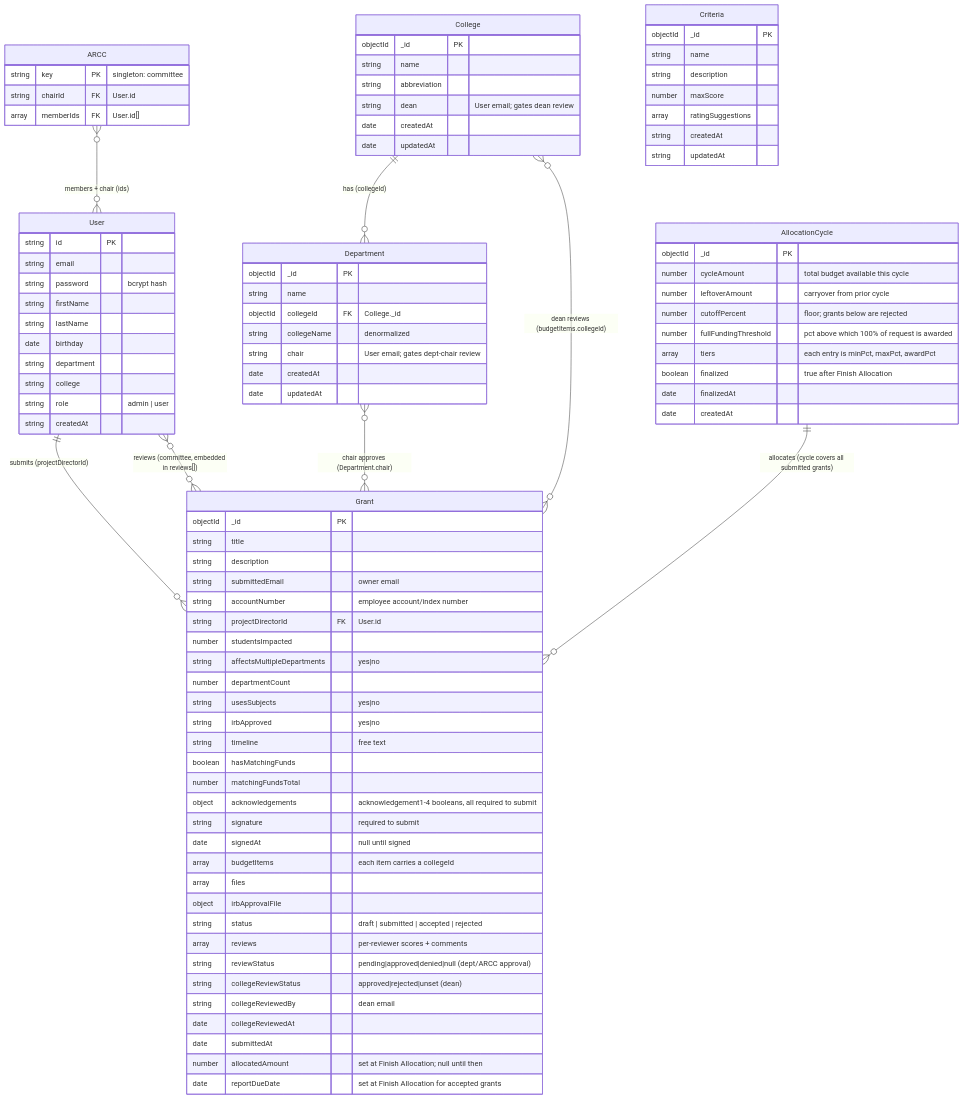
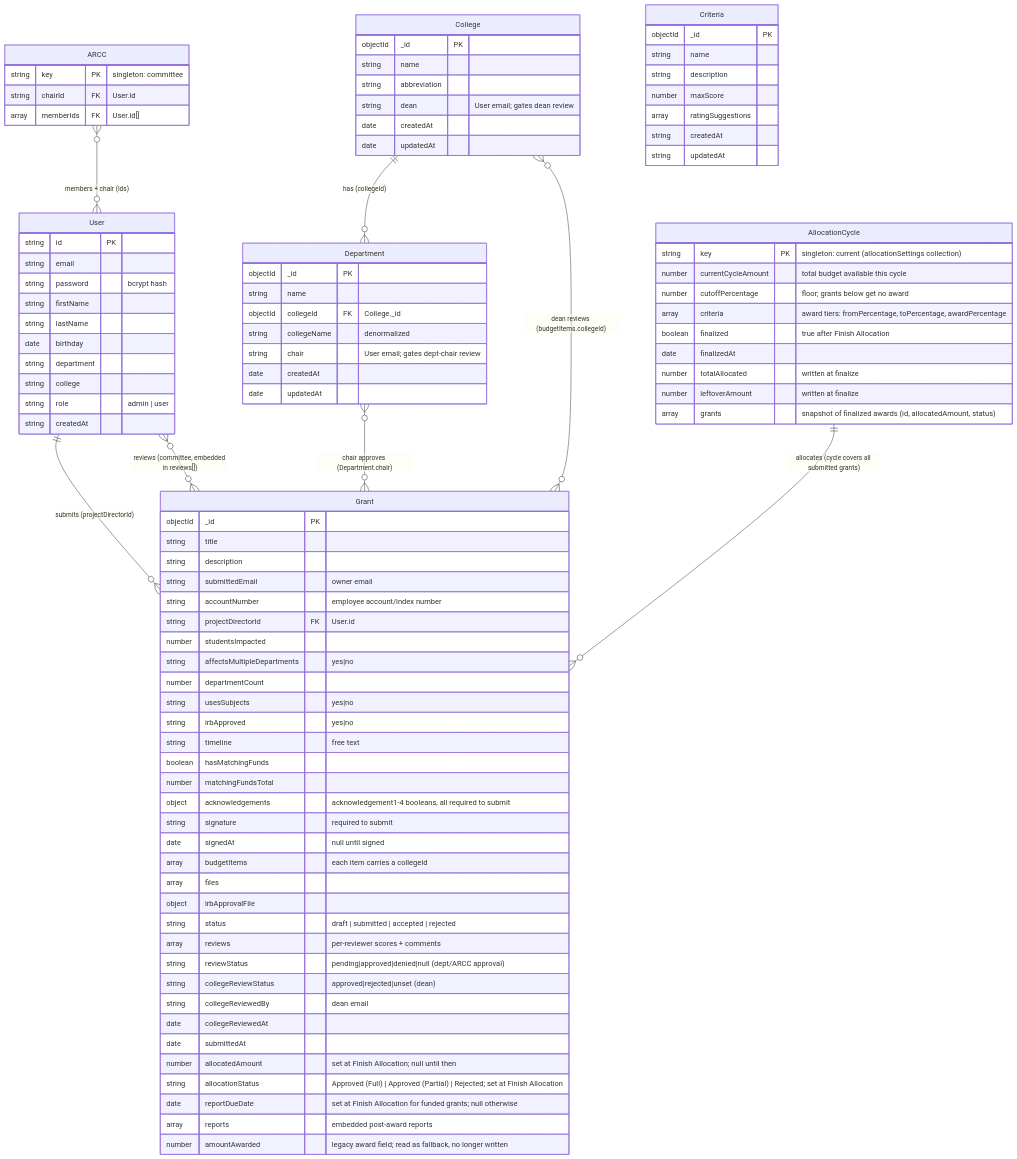
One commit to jayantiacharya/grant-management-system changed the diagram in docs/data-model.md. Above: the diagram before and after it, drawn with Mermaid. The commit also changed other lines of this file and 3 other files, not shown here.

First line of the commit message:
docs: sync architecture and data model with allocation backend

````diff
--- a/docs/data-model.md
+++ b/docs/data-model.md
@@ -56,7 +56,10 @@
         date collegeReviewedAt
         date submittedAt
         number allocatedAmount "set at Finish Allocation; null until then"
-        date reportDueDate "set at Finish Allocation for accepted grants"
+        string allocationStatus "Approved (Full) | Approved (Partial) | Rejected; set at Finish Allocation"
+        date reportDueDate "set at Finish Allocation for funded grants; null otherwise"
+        array reports "embedded post-award reports"
+        number amountAwarded "legacy award field; read as fallback, no longer written"
     }
 
     College {
@@ -95,14 +98,14 @@
     }
 
     AllocationCycle {
-        objectId _id PK
-        number cycleAmount "total budget available this cycle"
-        number leftoverAmount "carryover from prior cycle"
-        number cutoffPercent "floor; grants below are rejected"
-        number fullFundingThreshold "pct above which 100% of request is awarded"
-        array tiers "each entry is minPct, maxPct, awardPct"
+        string key PK "singleton: current (allocationSettings collection)"
+        number currentCycleAmount "total budget available this cycle"
+        number cutoffPercentage "floor; grants below get no award"
+        array criteria "award tiers: fromPercentage, toPercentage, awardPercentage"
         boolean finalized "true after Finish Allocation"
         date finalizedAt
-        date createdAt
+        number totalAllocated "written at finalize"
+        number leftoverAmount "written at finalize"
+        array grants "snapshot of finalized awards (id, allocatedAmount, status)"
     }
 ```
````
